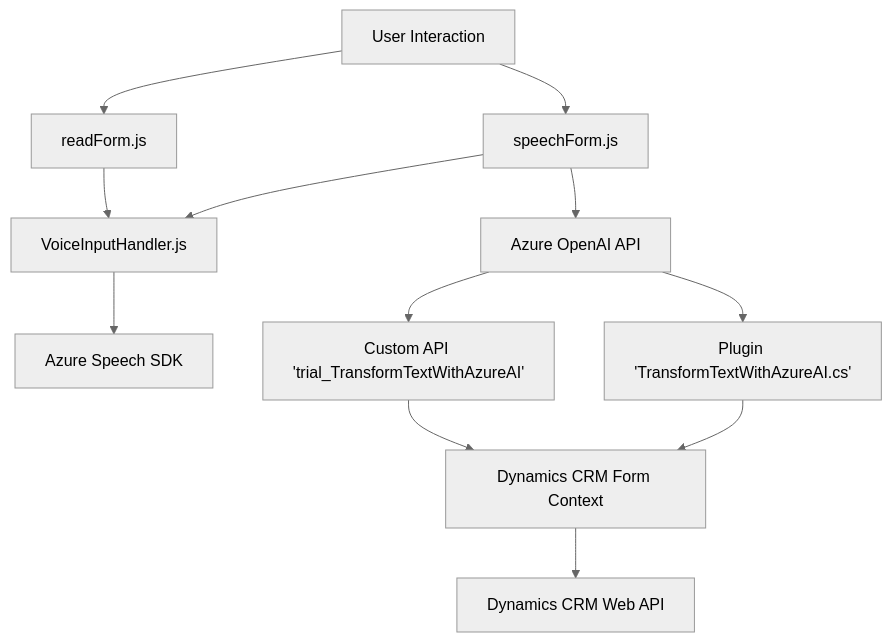
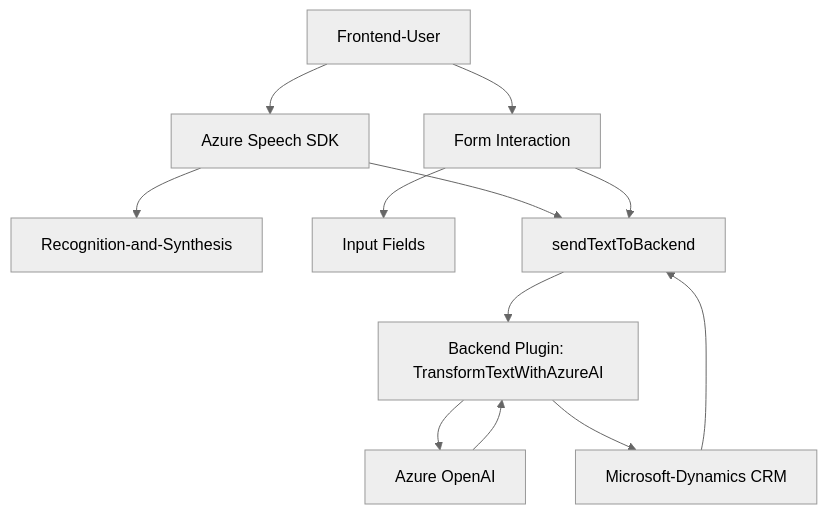
Before and after one commit to blopezdm/NETCORE_BILBAO2025: the diagram in README.md, drawn with Mermaid (neutral theme). The commit also changed other lines of this file, not shown here.

````diff
--- a/README.md
+++ b/README.md
@@ -55,14 +37,13 @@
 ```mermaid
 graph TD
-  A["User Interaction"] --> B["readForm.js"]
-  A --> C["speechForm.js"]
-  B --> D["VoiceInputHandler.js"]
-  C --> D
-  D --> E["Azure Speech SDK"]
-  C --> F["Azure OpenAI API"]
-  F --> G["Custom API 'trial_TransformTextWithAzureAI'"]
-  F --> H["Plugin 'TransformTextWithAzureAI.cs'"]
-  G --> I["Dynamics CRM Form Context"]
-  H --> I
-  I --> J["Dynamics CRM Web API"]
+    A["Frontend-User"] --> B["Azure Speech SDK"] --> C["Recognition-and-Synthesis"]
+    A --> D["Form Interaction"]
+    D --> E["Input Fields"]
+    B --> F["sendTextToBackend"]
+    F --> G["Backend Plugin: TransformTextWithAzureAI"]
+    G --> H["Azure OpenAI"]
+    G --> I["Microsoft-Dynamics CRM"]
+    H --> G
+    I --> F
+    D --> F
 ```
````
